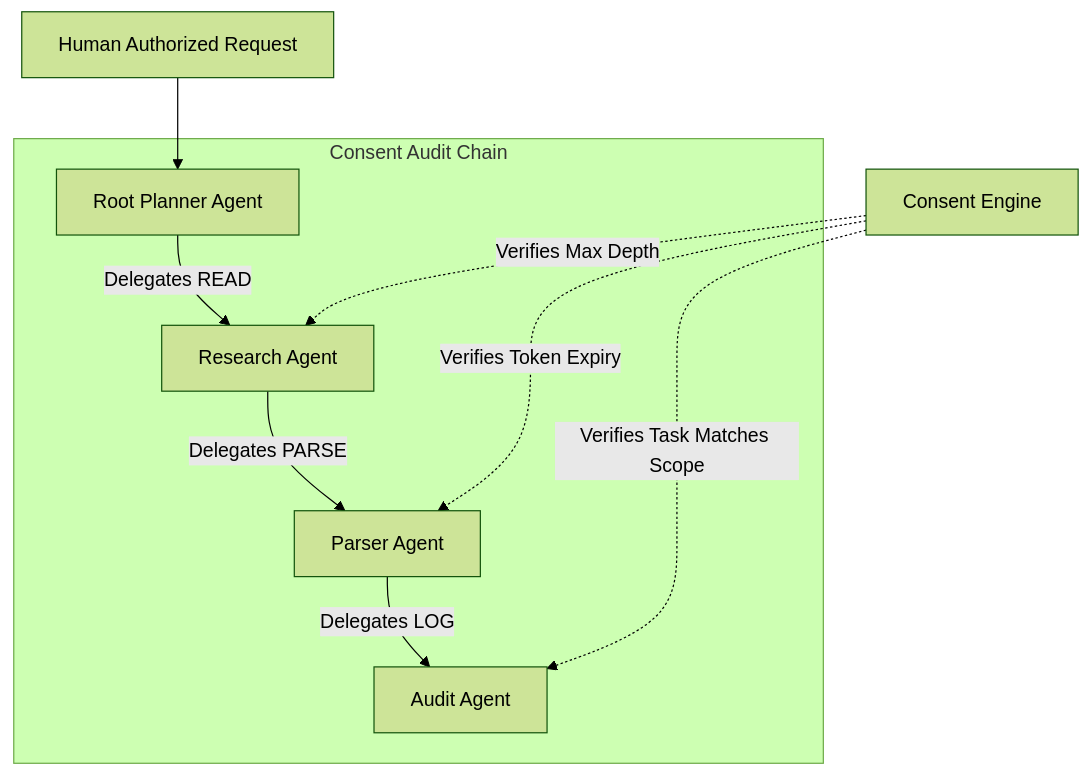
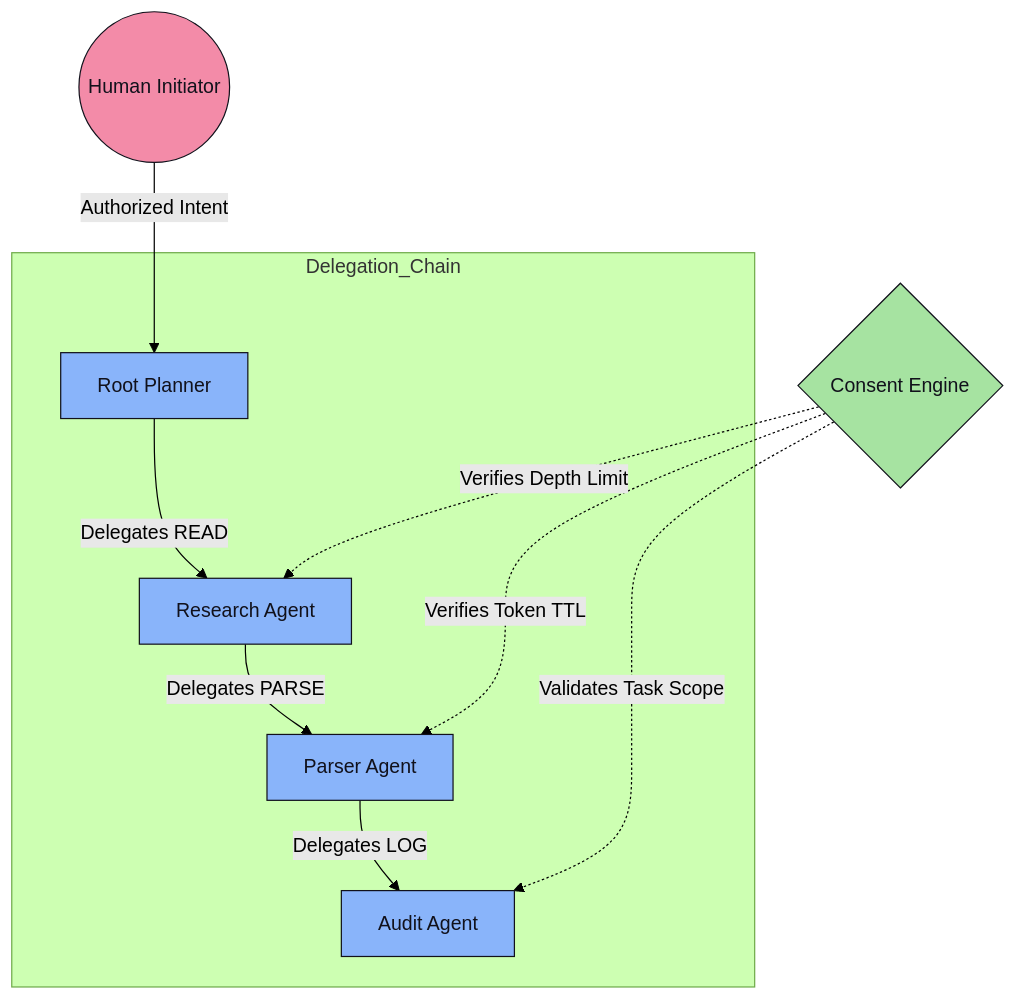
The fifth of 30 diagrams in README.md (MrDecryptDecipher/Agent-Trust), drawn with Mermaid (forest theme) before and after one commit. The commit also changed other lines of this file, not shown here.

Commit message:
Fix rendering format for 30 Mermaid diagrams to strictly use basic edge and block formatting for complete compatiblity

````diff
--- a/README.md
+++ b/README.md
@@ -82,16 +117,18 @@
 ```mermaid
 graph TD
-    User["Human Authorized Request"] --> A1["Root Planner Agent"]
-    A1 -->|"Delegates READ"| A2["Research Agent"]
-    A2 -->|"Delegates PARSE"| A3["Parser Agent"]
-    A3 -->|"Delegates LOG"| A4["Audit Agent"]
-    subgraph ConsentChain [Consent Audit Chain]
-        A1
-        A2
-        A3
-        A4
+    classDef human fill:#f38ba8,stroke:#11111b,color:#11111b;
+    classDef agent fill:#89b4fa,stroke:#11111b,color:#11111b;
+    classDef security fill:#a6e3a1,stroke:#11111b,color:#11111b;
+
+    User(("Human Initiator")):::human -- "Authorized Intent" --> A1["Root Planner"]:::agent
+    
+    subgraph Delegation_Chain
+        A1 -- "Delegates READ" --> A2["Research Agent"]:::agent
+        A2 -- "Delegates PARSE" --> A3["Parser Agent"]:::agent
+        A3 -- "Delegates LOG" --> A4["Audit Agent"]:::agent
     end
-    C["Consent Engine"] -.->|"Verifies Max Depth"| A2
-    C -.->|"Verifies Token Expiry"| A3
-    C -.->|"Verifies Task Matches Scope"| A4
+    
+    C{"Consent Engine"}:::security -. "Verifies Depth Limit" .-> A2
+    C -. "Verifies Token TTL" .-> A3
+    C -. "Validates Task Scope" .-> A4
 ```
````
